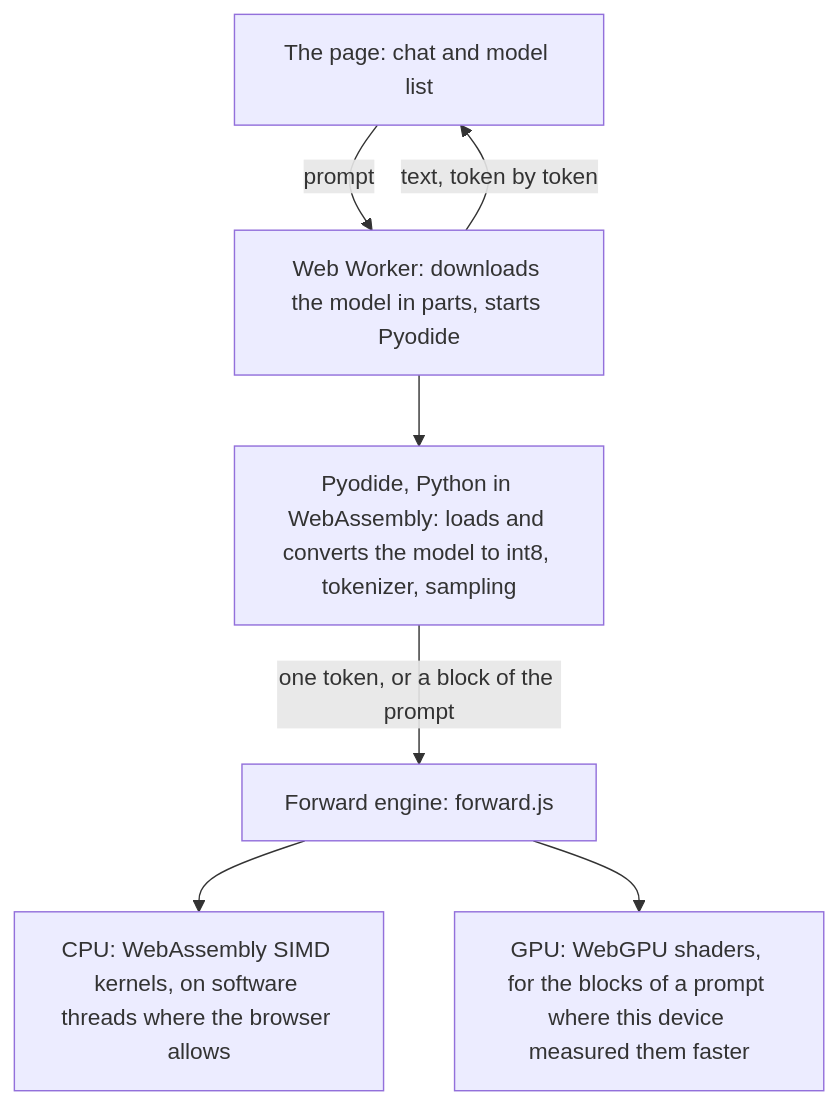
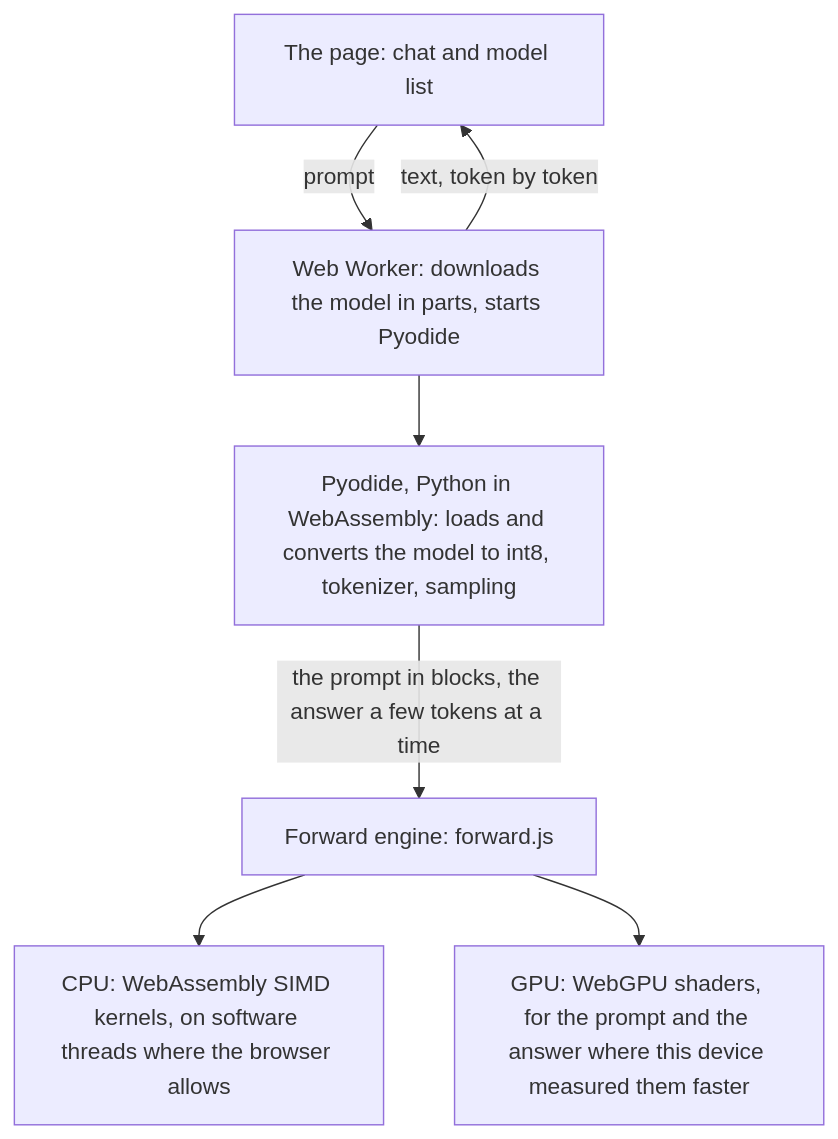
Before and after one commit to ssig33/pyodide-llm: the diagram in README.md, drawn with Mermaid. The commit also changed other lines of this file and 5 other files, not shown here.

````diff
--- a/README.md
+++ b/README.md
@@ -8,15 +8,15 @@
 ```mermaid
 flowchart TD
   page["The page: chat and model list"]
   worker["Web Worker: downloads the model in parts, starts Pyodide"]
   python["Pyodide, Python in WebAssembly: loads and converts the model to int8, tokenizer, sampling"]
   engine["Forward engine: forward.js"]
   cpu["CPU: WebAssembly SIMD kernels, on software threads where the browser allows"]
-  gpu["GPU: WebGPU shaders, for the blocks of a prompt where this device measured them faster"]
+  gpu["GPU: WebGPU shaders, for the prompt and the answer where this device measured them faster"]
   page -- "prompt" --> worker
   worker -- "text, token by token" --> page
   worker --> python
-  python -- "one token, or a block of the prompt" --> engine
+  python -- "the prompt in blocks, the answer a few tokens at a time" --> engine
   engine --> cpu
   engine --> gpu
 ```
````
